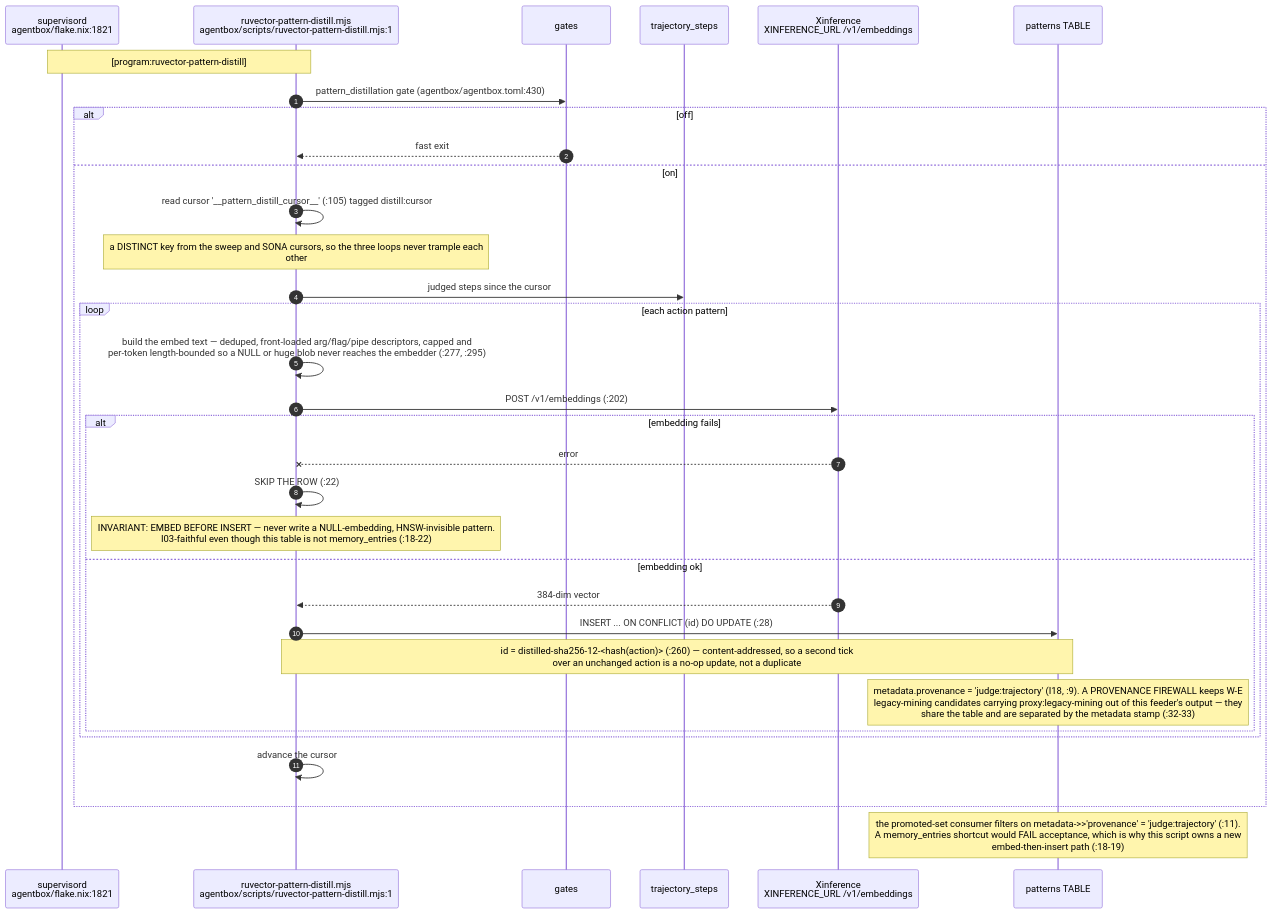
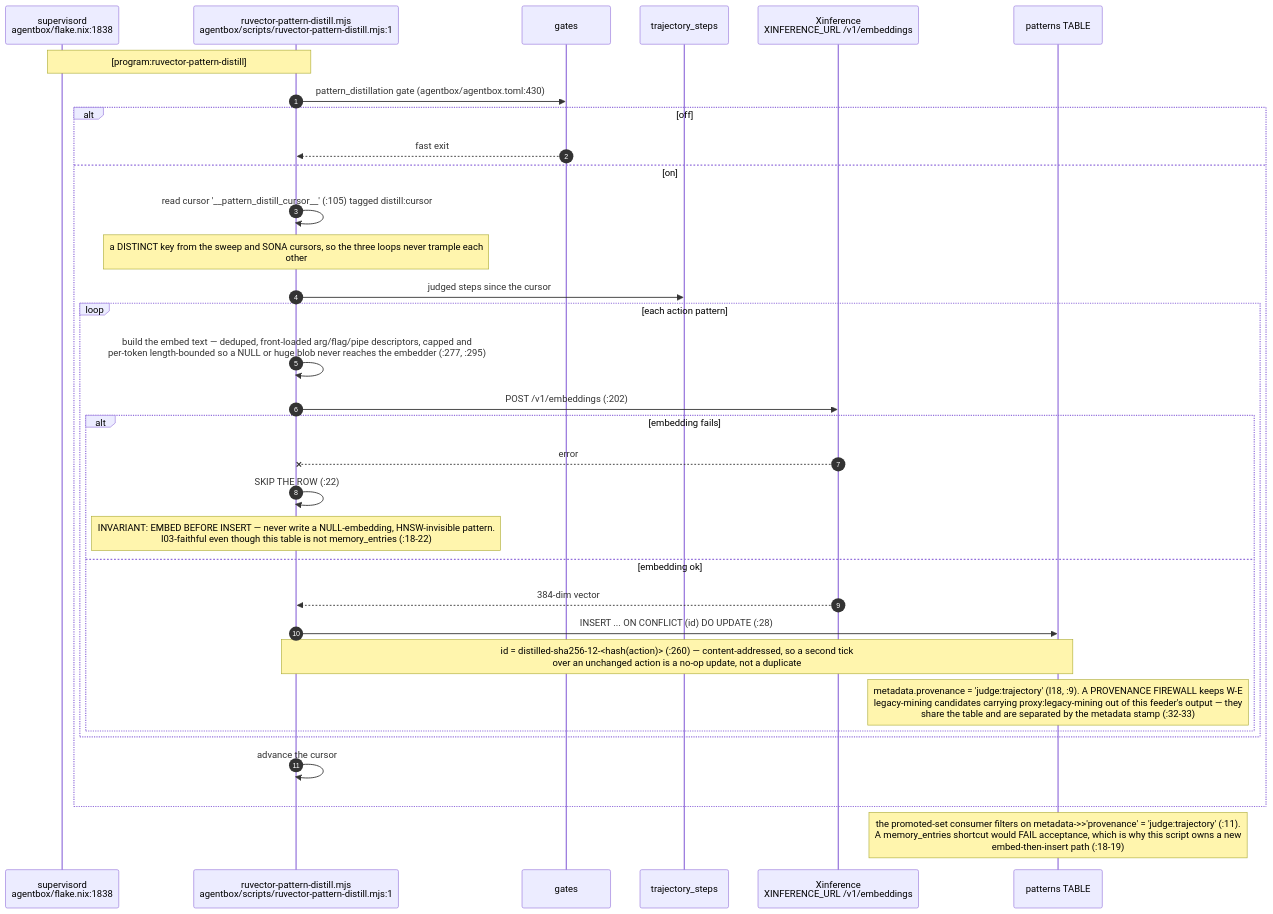
Before and after one commit to DreamLab-AI/AR-AI-Knowledge-Graph: the fifth of 10 diagrams in docs/diagrams/agentbox/21-learning-loop.md, drawn with Mermaid. The commit also changed other lines of this file and 73 other files, not shown here.

First line of the commit message:
docs(diagrams): re-verify all 71 topic files against HEAD; add --cite-check

````diff
--- a/docs/diagrams/agentbox/21-learning-loop.md
+++ b/docs/diagrams/agentbox/21-learning-loop.md
@@ -206,36 +206,36 @@
 ```mermaid
 sequenceDiagram
     autonumber
-    participant SUP as supervisord<br/>agentbox/flake.nix:1821
+    participant SUP as supervisord<br/>agentbox/flake.nix:1838
     participant DS as ruvector-pattern-distill.mjs<br/>agentbox/scripts/ruvector-pattern-distill.mjs:1
     participant G as gates
     participant PG as trajectory_steps
     participant XI as Xinference<br/>XINFERENCE_URL /v1/embeddings
     participant PAT as patterns TABLE
 
     Note over SUP,DS: [program:ruvector-pattern-distill]
     DS->>G: pattern_distillation gate (agentbox/agentbox.toml:430)
     alt off
         G-->>DS: fast exit
     else on
         DS->>DS: read cursor '__pattern_distill_cursor__' (:105) tagged distill:cursor
         Note over DS: a DISTINCT key from the sweep and SONA cursors, so the three loops never trample each<br/>other
         DS->>PG: judged steps since the cursor
         loop each action pattern
             DS->>DS: build the embed text — deduped, front-loaded arg/flag/pipe descriptors, capped and<br/>per-token length-bounded so a NULL or huge blob never reaches the embedder (:277, :295)
             DS->>XI: POST /v1/embeddings (:202)
             alt embedding fails
                 XI--xDS: error
                 DS->>DS: SKIP THE ROW (:22)
                 Note over DS: INVARIANT: EMBED BEFORE INSERT — never write a NULL-embedding, HNSW-invisible pattern.<br/>I03-faithful even though this table is not memory_entries (:18-22)
             else embedding ok
                 XI-->>DS: 384-dim vector
                 DS->>PAT: INSERT ... ON CONFLICT (id) DO UPDATE (:28)
                 Note over DS,PAT: id = distilled-sha256-12-<hash(action)> (:260) — content-addressed, so a second tick<br/>over an unchanged action is a no-op update, not a duplicate
                 Note over PAT: metadata.provenance = 'judge:trajectory' (I18, :9). A PROVENANCE FIREWALL keeps W-E<br/>legacy-mining candidates carrying proxy:legacy-mining out of this feeder's output — they<br/>share the table and are separated by the metadata stamp (:32-33)
             end
         end
         DS->>DS: advance the cursor
     end
     Note over PAT: the promoted-set consumer filters on metadata->>'provenance' = 'judge:trajectory' (:11).<br/>A memory_entries shortcut would FAIL acceptance, which is why this script owns a new<br/>embed-then-insert path (:18-19)
 ```
````
